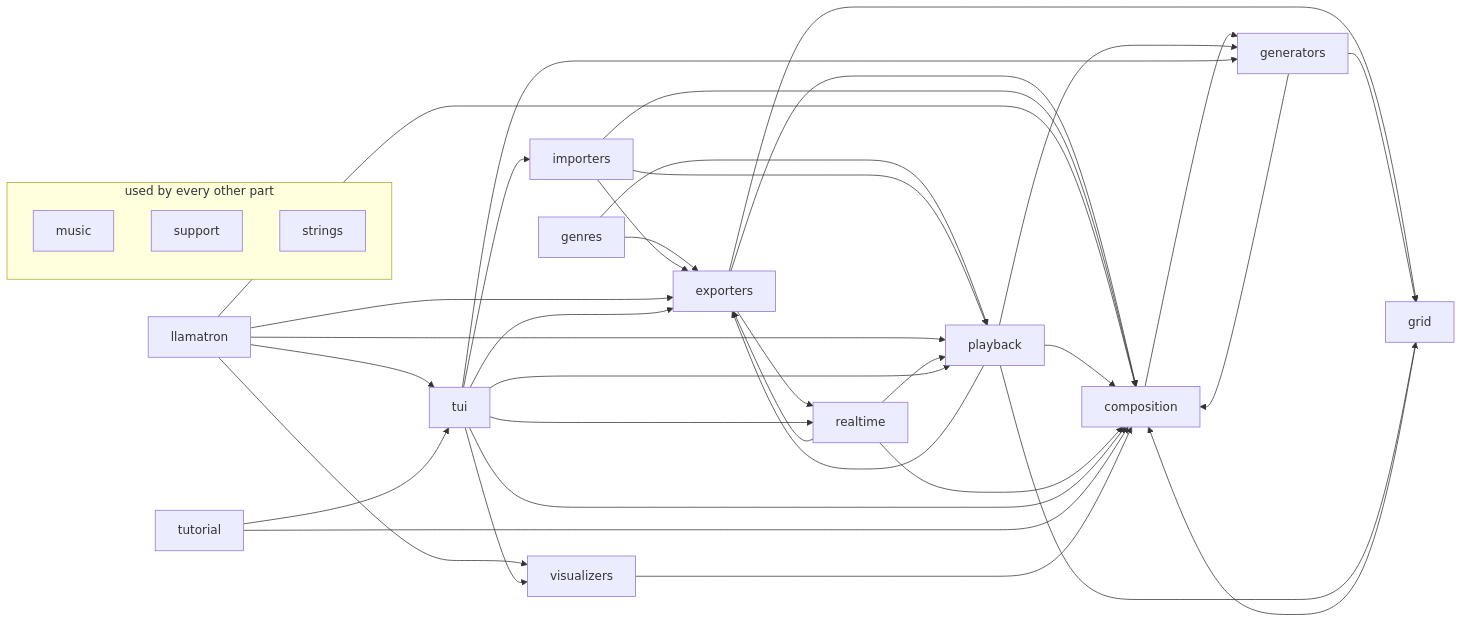
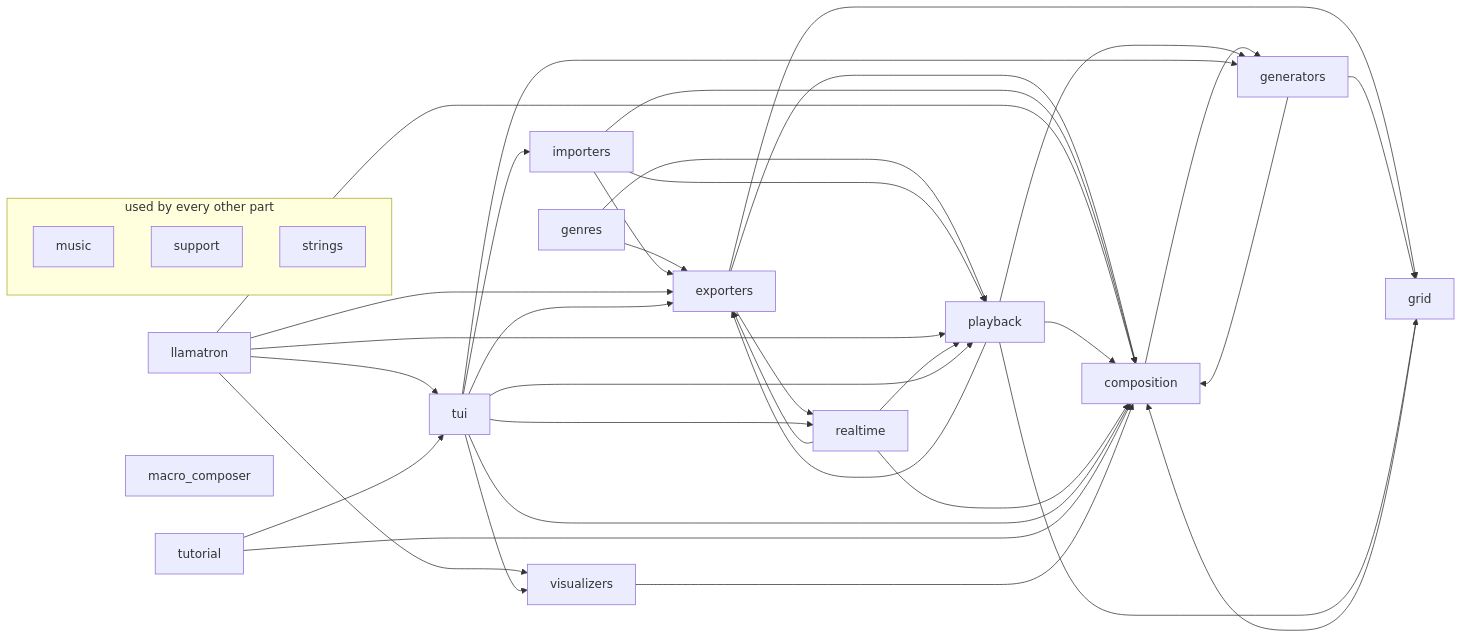
One commit to mpdehaan/llamatron changed the second of 2 diagrams in docs/ARCHITECTURE.md. Above: the diagram before and after it, drawn with Mermaid. The commit also changed other lines of this file and 24 other files, not shown here.

First line of the commit message:
The MacroComposer is the package llamatron.macro_composer, since code that would ship lives in src/llamatron.

````diff
--- a/docs/ARCHITECTURE.md
+++ b/docs/ARCHITECTURE.md
@@ -121,54 +121,55 @@
 ```mermaid
 flowchart LR
     tui["tui"]
     llamatron["llamatron"]
     composition["composition"]
     playback["playback"]
     generators["generators"]
     grid["grid"]
     exporters["exporters"]
     genres["genres"]
     importers["importers"]
+    macro_composer["macro_composer"]
     realtime["realtime"]
     tutorial["tutorial"]
     visualizers["visualizers"]
     subgraph everywhere ["used by every other part"]
     music["music"]
     support["support"]
     strings["strings"]
     end
     composition --> generators
     exporters --> composition
     exporters --> grid
     exporters --> realtime
     generators --> composition
     generators --> grid
     genres --> exporters
     genres --> playback
     grid --> composition
     importers --> composition
     importers --> exporters
     importers --> playback
     llamatron --> composition
     llamatron --> exporters
     llamatron --> playback
     llamatron --> tui
     llamatron --> visualizers
     playback --> composition
     playback --> exporters
     playback --> generators
     playback --> grid
     realtime --> composition
     realtime --> exporters
     realtime --> playback
     tui --> composition
     tui --> exporters
     tui --> generators
     tui --> importers
     tui --> playback
     tui --> realtime
     tui --> visualizers
     tutorial --> composition
     tutorial --> tui
     visualizers --> composition
 ```
````
